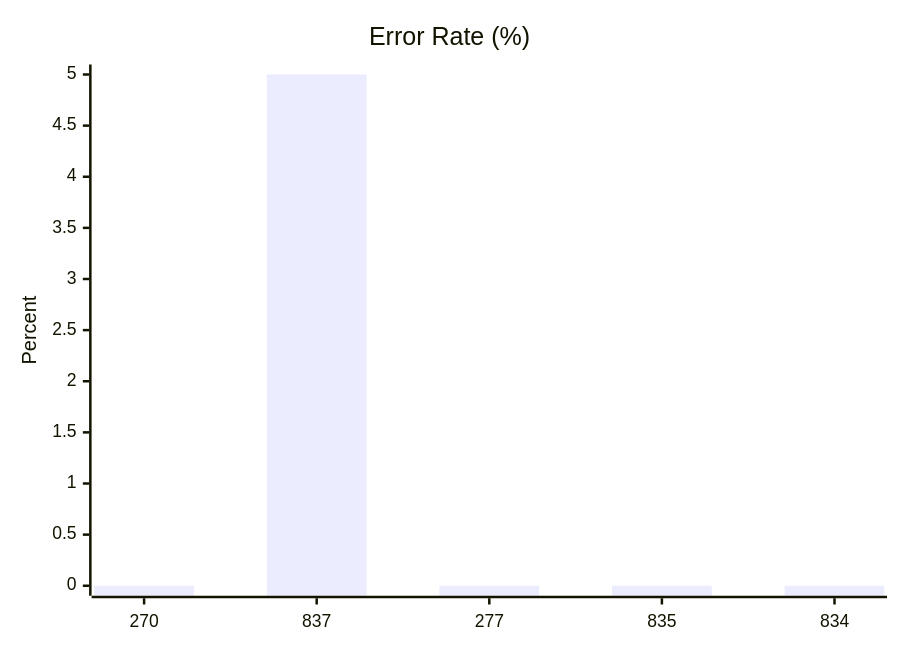
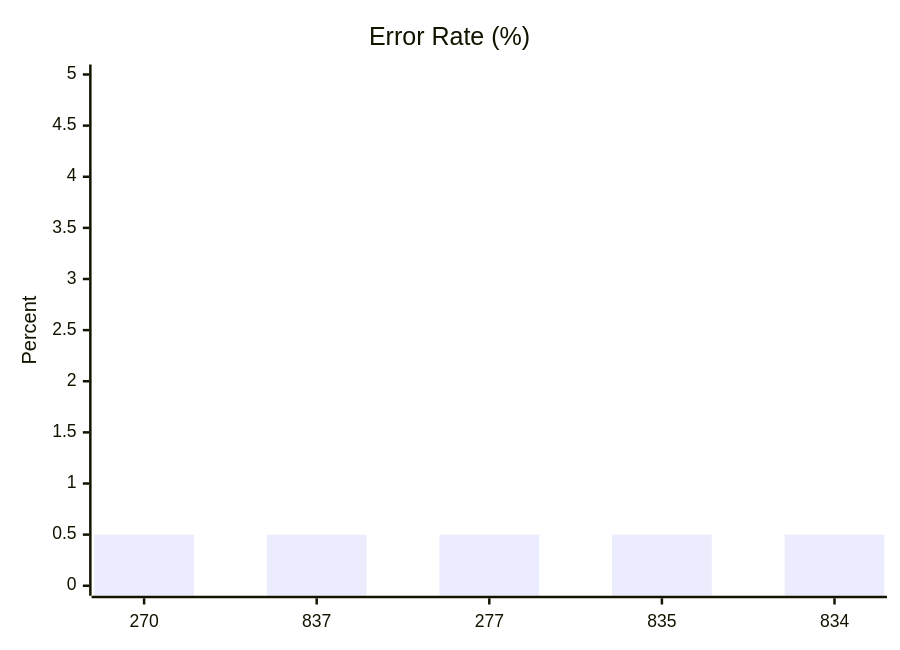
The fourth of 10 diagrams in test-tools/DataGen/src/Statistics_Visualizer.md (dhagan-va/intern-2025), drawn with Mermaid before and after one commit. The commit also changed other lines of this file, not shown here.

````diff
--- a/test-tools/DataGen/src/Statistics_Visualizer.md
+++ b/test-tools/DataGen/src/Statistics_Visualizer.md
@@ -50,7 +50,7 @@
 ```mermaid
 xychart-beta
     title "Error Rate (%)"
     x-axis ["270", "837", "277", "835", "834"]
     y-axis "Percent" 0 --> 5
-    bar [0, 5.0, 0, 0, 0]
+    bar [0.5, 0.5, 0.5, 0.5, 0.5]
 ```
````
